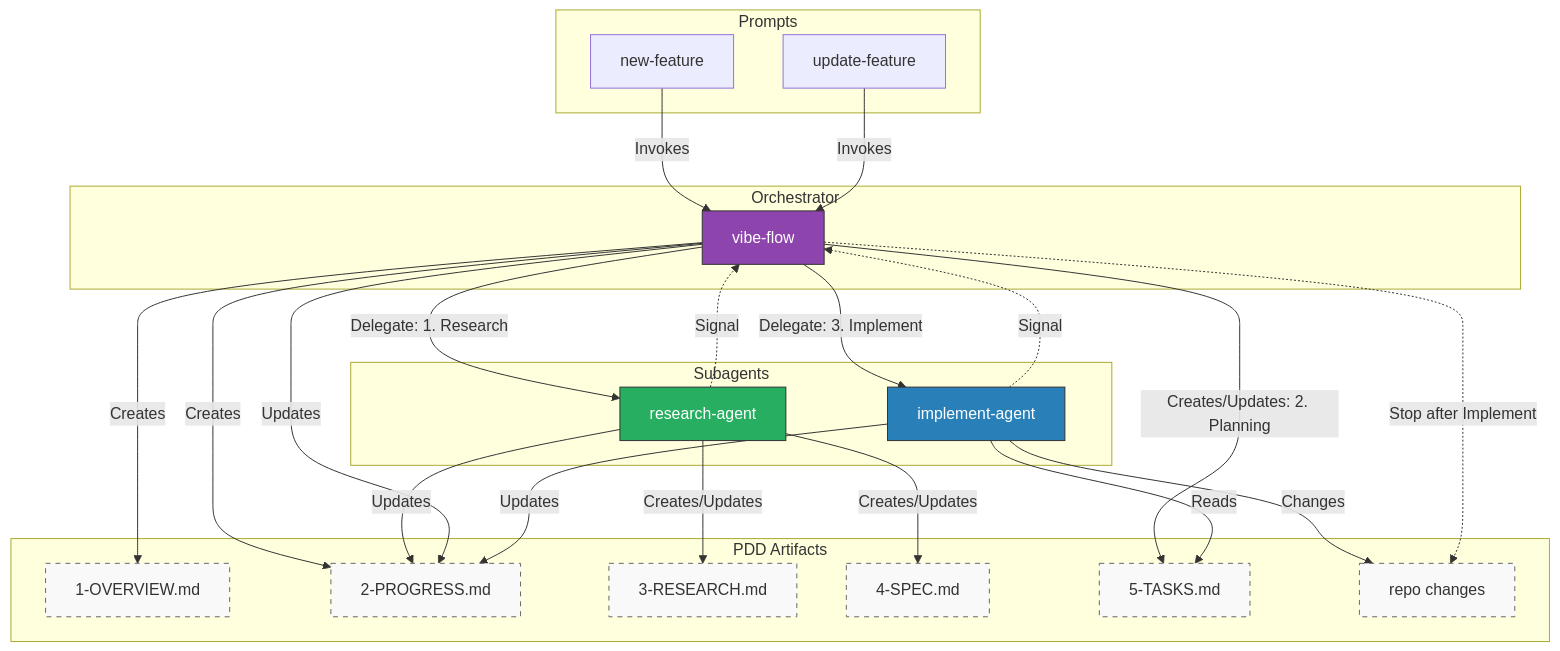
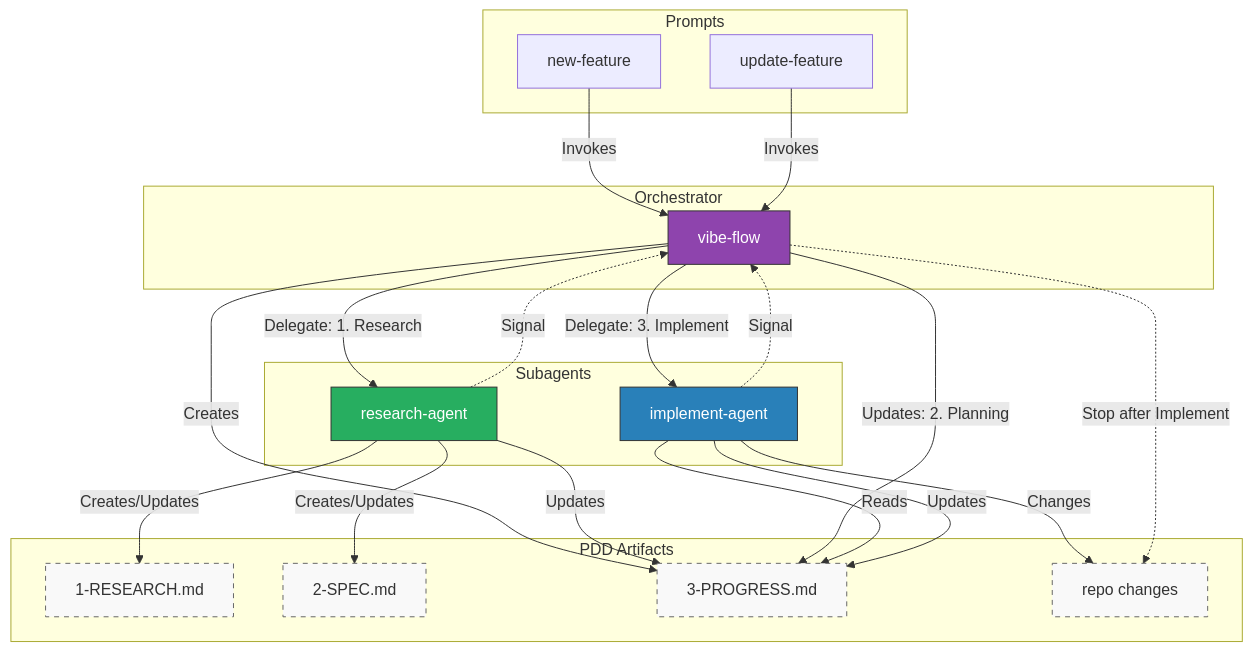
Before and after one commit to sammykumar/vibe-flow-agent-orchestrator: the first of 2 diagrams in README.md, drawn with Mermaid. The commit also changed other lines of this file and 21 other files, not shown here.

````diff
--- a/README.md
+++ b/README.md
@@ -23,59 +23,53 @@
 ```mermaid
 graph TD
     subgraph "Prompts"
         NF[new-feature]
         UF[update-feature]
     end
 
     subgraph "Orchestrator"
         VF[vibe-flow]
     end
 
     subgraph "Subagents"
         RA[research-agent]
         IA[implement-agent]
     end
 
     subgraph "PDD Artifacts"
-        F1[1-OVERVIEW.md]
-        F2[2-PROGRESS.md]
-        F3[3-RESEARCH.md]
-        F4[4-SPEC.md]
-        F5[5-TASKS.md]
+        F1[1-RESEARCH.md]
+        F2[2-SPEC.md]
+        F3[3-PROGRESS.md]
         CODE[repo changes]
     end
 
     NF & UF -->|Invokes| VF
 
     %% Orchestrator inits
-    VF -->|Creates| F1
-    VF -->|Creates| F2
+    VF -->|Creates| F3
 
     VF -->|Delegate: 1. Research| RA
-    RA -->|Creates/Updates| F3
-    RA -->|Creates/Updates| F4
-    RA -->|Updates| F2
+    RA -->|Creates/Updates| F1
+    RA -->|Creates/Updates| F2
+    RA -->|Updates| F3
     RA -.->|Signal| VF
 
-    VF -->|Creates/Updates: 2. Planning| F5
-    VF -->|Updates| F2
+    VF -->|Updates: 2. Planning| F3
 
     VF -->|Delegate: 3. Implement| IA
-    IA -->|Reads| F5
-    IA -->|Updates| F2
+    IA -->|Reads| F3
+    IA -->|Updates| F3
     IA -->|Changes| CODE
     IA -.->|Signal| VF
 
     VF -.->|Stop after Implement| CODE
 
     style VF fill:#8e44ad,stroke:#333,color:#fff
     style RA fill:#27ae60,stroke:#333,color:#fff
     style IA fill:#2980b9,stroke:#333,color:#fff
 
     style F1 fill:#f9f9f9,stroke:#666,stroke-dasharray: 5 5
     style F2 fill:#f9f9f9,stroke:#666,stroke-dasharray: 5 5
     style F3 fill:#f9f9f9,stroke:#666,stroke-dasharray: 5 5
-    style F4 fill:#f9f9f9,stroke:#666,stroke-dasharray: 5 5
-    style F5 fill:#f9f9f9,stroke:#666,stroke-dasharray: 5 5
     style CODE fill:#f9f9f9,stroke:#666,stroke-dasharray: 5 5
 ```
````
